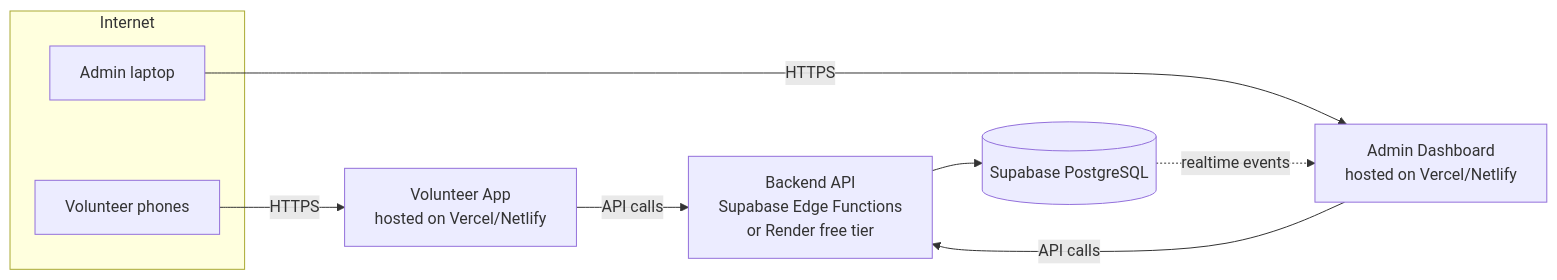
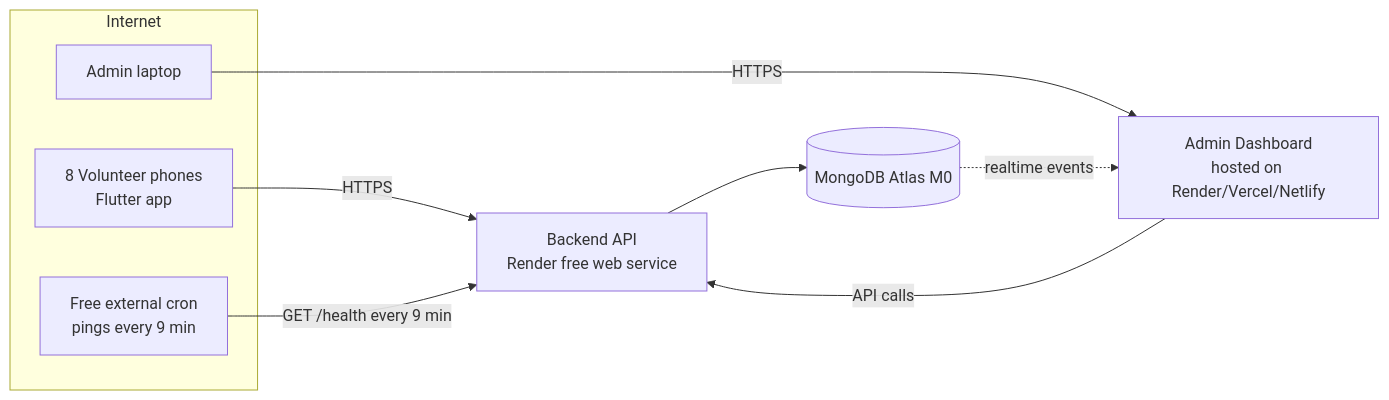
One commit to Prayas4590/TechForge2.0_App changed diagram 12 of 22 in Event_Entry.md. Above: the diagram before and after it, drawn with Mermaid. The commit also changed other lines of this file, not shown here.

````diff
--- a/Event_Entry.md
+++ b/Event_Entry.md
@@ -817,15 +1002,16 @@
 ```mermaid
 flowchart LR
     subgraph Internet
-        U1[Volunteer phones]
+        U1[8 Volunteer phones<br/>Flutter app]
         U2[Admin laptop]
+        CRON[Free external cron<br/>pings every 9 min]
     end
 
-    U1 -->|HTTPS| VApp[Volunteer App<br/>hosted on Vercel/Netlify]
-    U2 -->|HTTPS| AApp[Admin Dashboard<br/>hosted on Vercel/Netlify]
+    U1 -->|HTTPS| BE[Backend API<br/>Render free web service]
+    U2 -->|HTTPS| AApp[Admin Dashboard<br/>hosted on Render/Vercel/Netlify]
+    CRON -->|GET /health every 9 min| BE
 
-    VApp -->|API calls| BE[Backend API<br/>Supabase Edge Functions<br/>or Render free tier]
     AApp -->|API calls| BE
-    BE --> DB[(Supabase PostgreSQL)]
+    BE --> DB[(MongoDB Atlas M0)]
     DB -.->|realtime events| AApp
 ```
````
